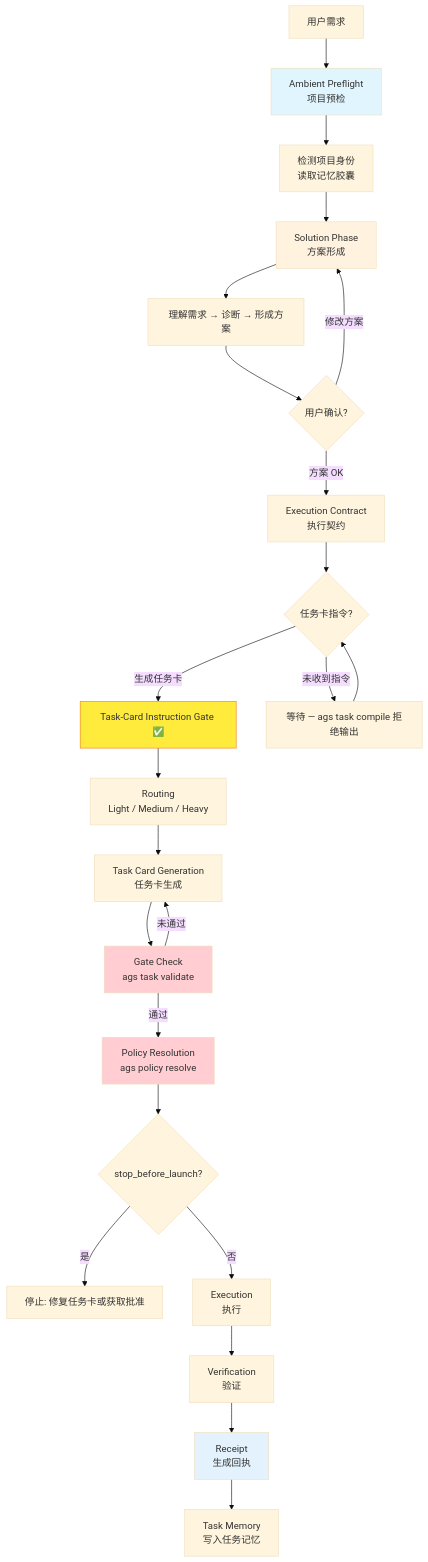
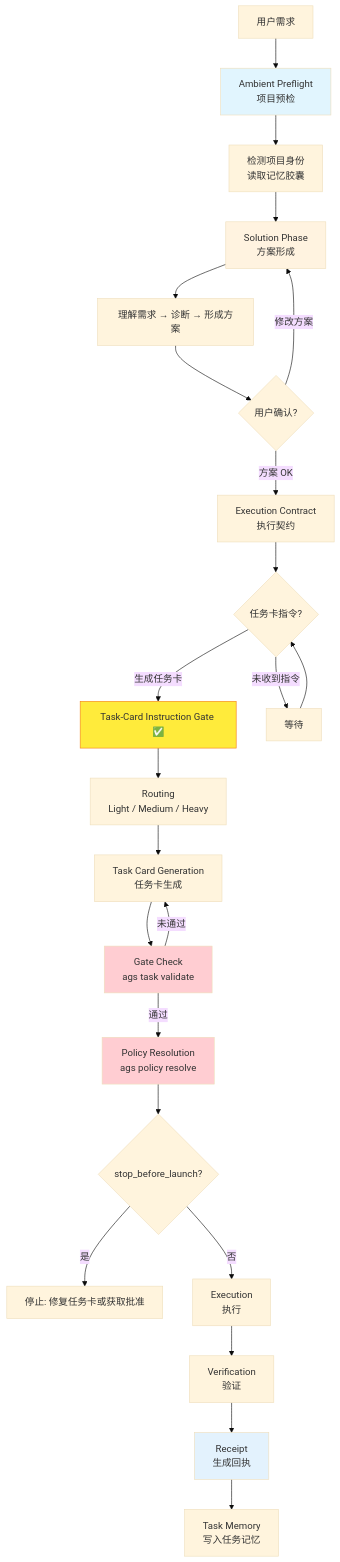
The diagram in README.md (FernandeZ-hjm/Agent-General-Staff), drawn with Mermaid (base theme) before and after one commit. The commit also changed other lines of this file and 34 other files, not shown here.

````diff
--- a/README.md
+++ b/README.md
@@ -74,32 +159,32 @@
 ```mermaid
 flowchart TD
     A[用户需求] --> B[Ambient Preflight<br/>项目预检]
     B --> B1[检测项目身份<br/>读取记忆胶囊]
     B1 --> C[Solution Phase<br/>方案形成]
     C --> C1[理解需求 → 诊断 → 形成方案]
     C1 --> D{用户确认?}
     D -->|方案 OK| E[Execution Contract<br/>执行契约]
     D -->|修改方案| C
     E --> F{任务卡指令?}
     F -->|生成任务卡| G[Task-Card Instruction Gate ✅]
-    F -->|未收到指令| F_WAIT[等待 — ags task compile 拒绝输出]
+    F -->|未收到指令| F_WAIT[等待]
     F_WAIT --> F
     G --> H[Routing<br/>Light / Medium / Heavy]
     H --> I[Task Card Generation<br/>任务卡生成]
     I --> J[Gate Check<br/>ags task validate]
     J -->|通过| K[Policy Resolution<br/>ags policy resolve]
     J -->|未通过| I
     K --> L{stop_before_launch?}
     L -->|是| L_STOP[停止: 修复任务卡或获取批准]
     L -->|否| M[Execution<br/>执行]
     M --> N[Verification<br/>验证]
     N --> O[Receipt<br/>生成回执]
     O --> P[Task Memory<br/>写入任务记忆]
 
     style B fill:#e1f5fe
     style C fill:#fff3e0
     style G fill:#ffeb3b,stroke:#f57f17
     style J fill:#ffcdd2
     style K fill:#ffcdd2
     style O fill:#e3f2fd
 ```
````
